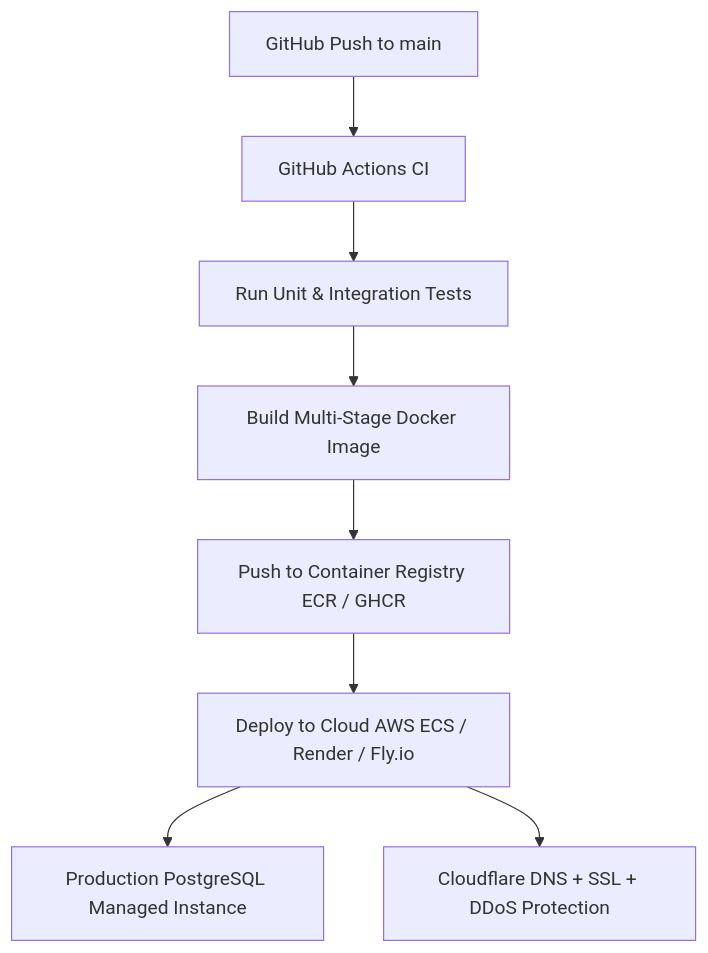
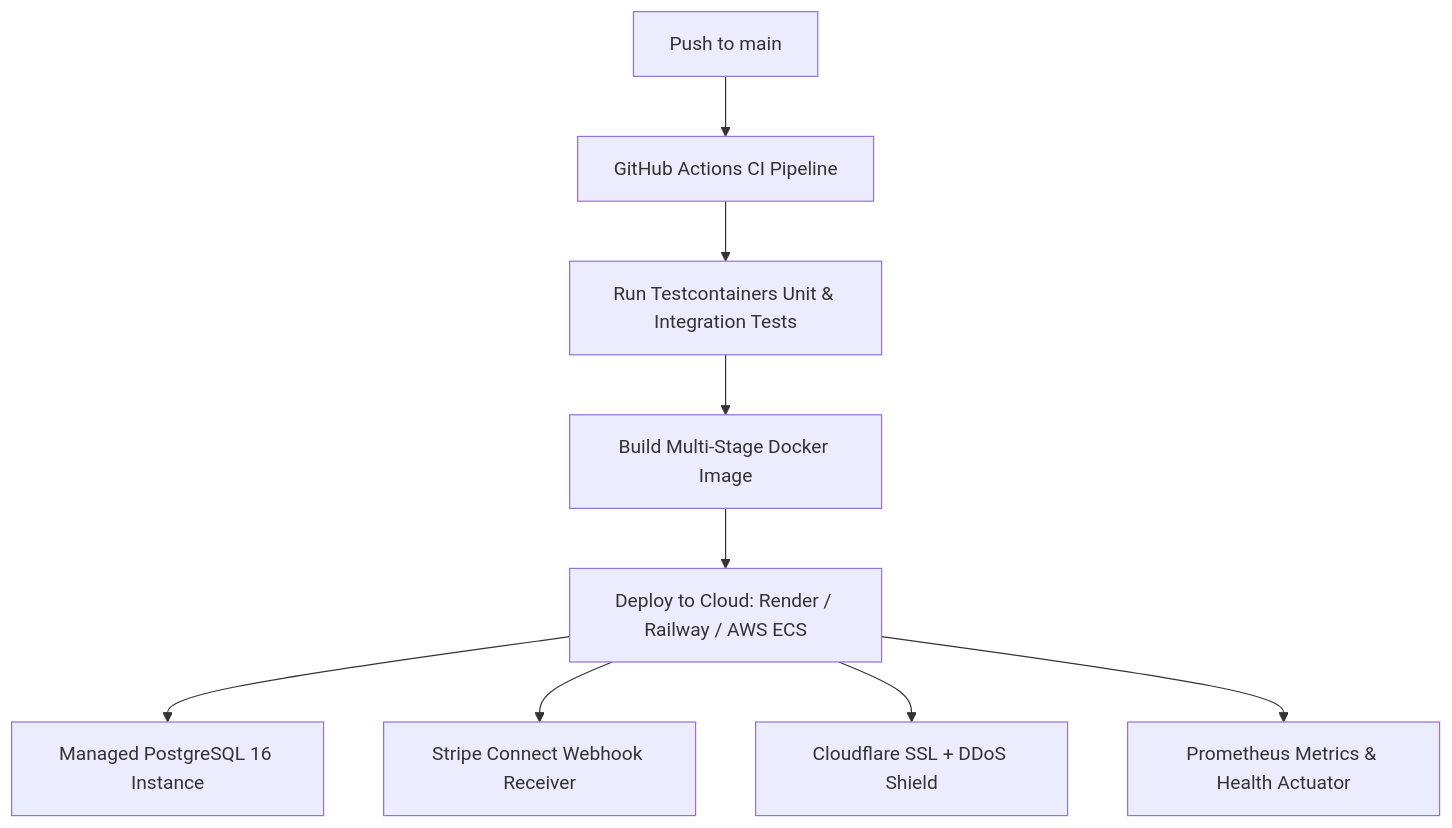
Before and after one commit to gargnikunj991-ux/OpenBounty: the second of 2 diagrams in DEVELOPMENT_TO_LAUNCH_GUIDE.md, drawn with Mermaid. The commit also changed other lines of this file and 6 other files, not shown here.

````diff
--- a/DEVELOPMENT_TO_LAUNCH_GUIDE.md
+++ b/DEVELOPMENT_TO_LAUNCH_GUIDE.md
@@ -114,10 +156,11 @@
 ```mermaid
 flowchart TD
-    A[GitHub Push to main] --> B[GitHub Actions CI]
-    B --> C[Run Unit & Integration Tests]
+    A[Push to main] --> B[GitHub Actions CI Pipeline]
+    B --> C[Run Testcontainers Unit & Integration Tests]
     C --> D[Build Multi-Stage Docker Image]
-    D --> E[Push to Container Registry ECR / GHCR]
-    E --> F[Deploy to Cloud AWS ECS / Render / Fly.io]
-    F --> G[Production PostgreSQL Managed Instance]
-    F --> H[Cloudflare DNS + SSL + DDoS Protection]
+    D --> E[Deploy to Cloud: Render / Railway / AWS ECS]
+    E --> F[Managed PostgreSQL 16 Instance]
+    E --> G[Stripe Connect Webhook Receiver]
+    E --> H[Cloudflare SSL + DDoS Shield]
+    E --> I[Prometheus Metrics & Health Actuator]
 ```
````
